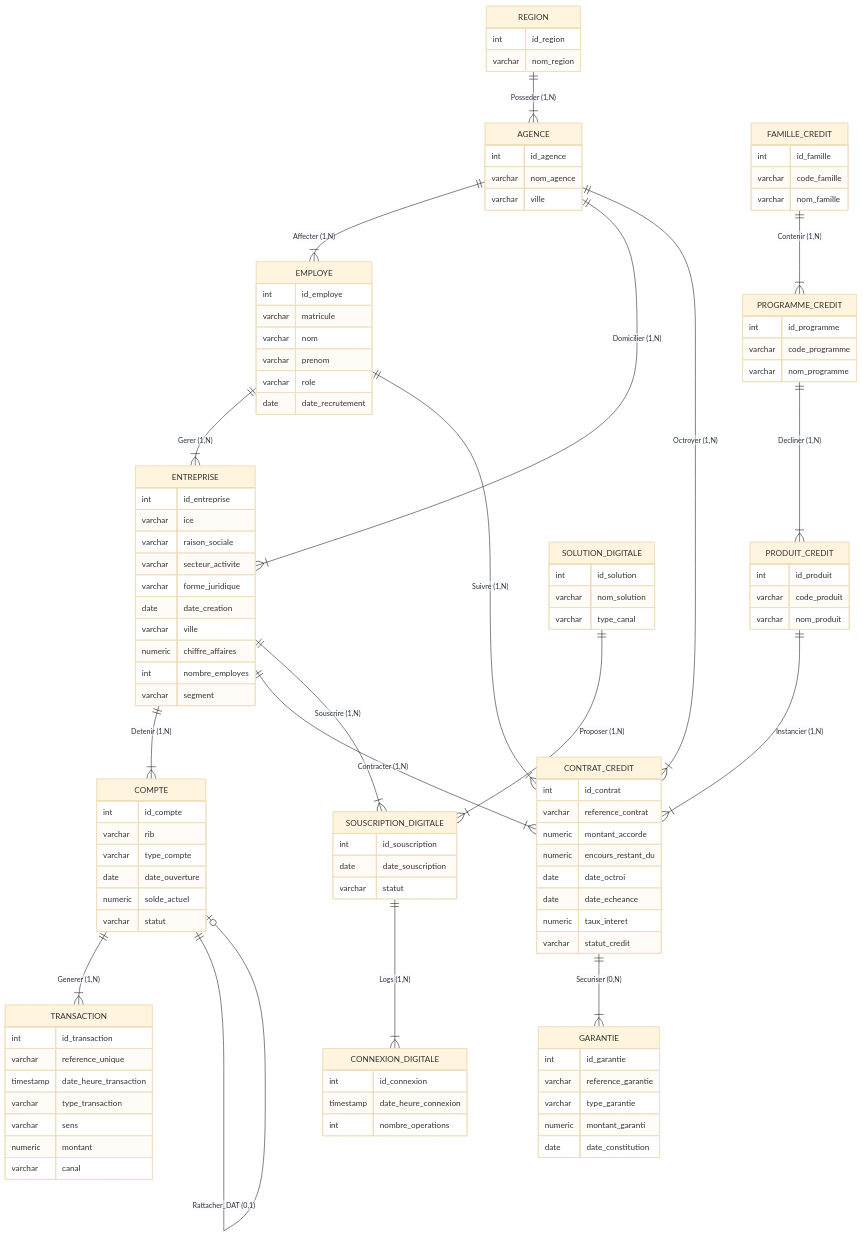
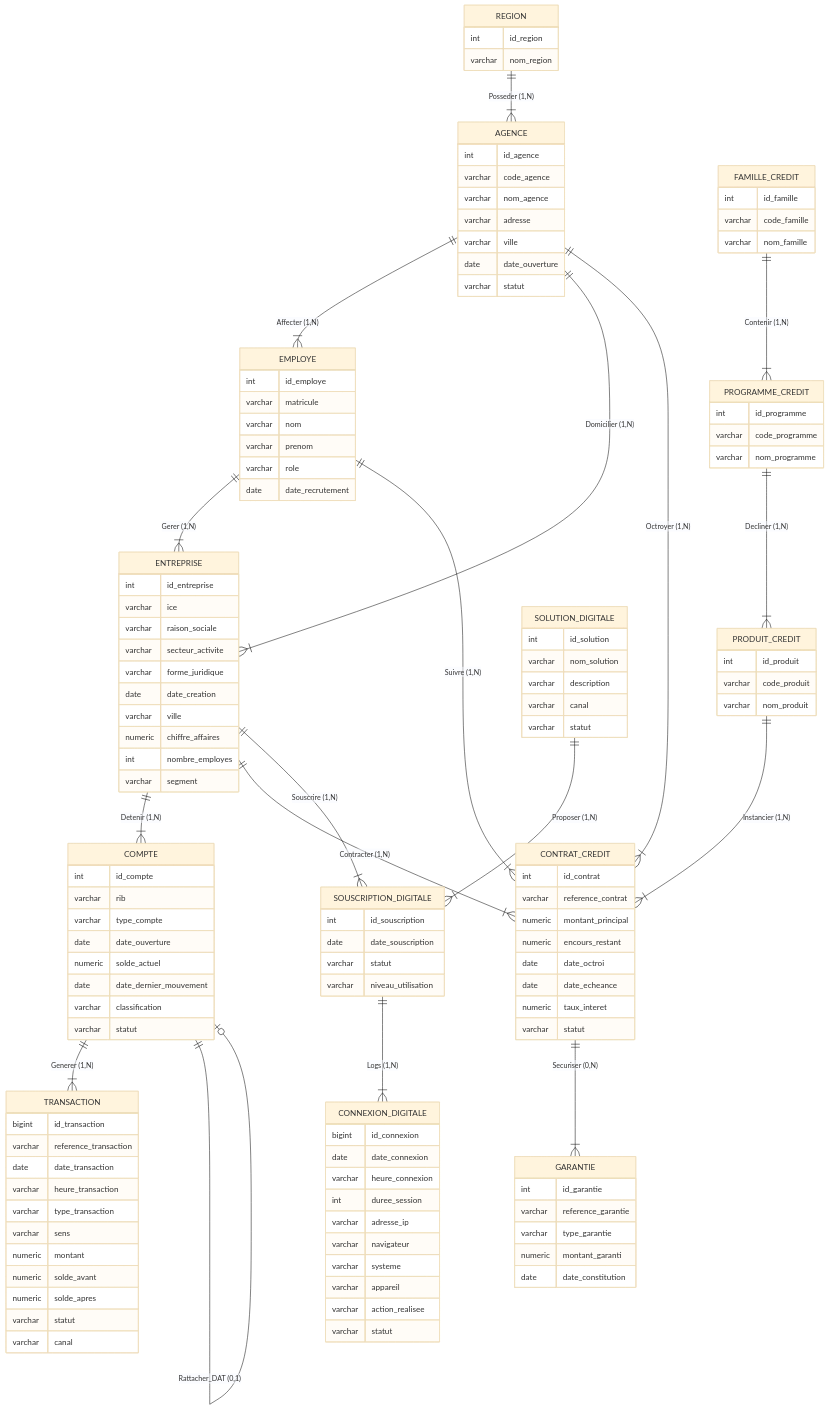
One commit to Amineelquammah/pfe_boa changed the diagram in mcd.md. Above: the diagram before and after it, drawn with Mermaid (base theme). The commit also changed other lines of this file and 38 other files, not shown here.

```diff
--- a/mcd.md
+++ b/mcd.md
@@ -18,8 +18,12 @@
     }
     AGENCE {
         int id_agence
+        varchar code_agence
         varchar nom_agence
+        varchar adresse
         varchar ville
+        date date_ouverture
+        varchar statut
     }
     EMPLOYE {
         int id_employe
@@ -54,15 +58,21 @@
         varchar type_compte
         date date_ouverture
         numeric solde_actuel
+        date date_dernier_mouvement
+        varchar classification
         varchar statut
     }
     TRANSACTION {
-        int id_transaction
-        varchar reference_unique
-        timestamp date_heure_transaction
+        bigint id_transaction
+        varchar reference_transaction
+        date date_transaction
+        varchar heure_transaction
         varchar type_transaction
         varchar sens
         numeric montant
+        numeric solde_avant
+        numeric solde_apres
+        varchar statut
         varchar canal
     }
 
@@ -93,12 +103,12 @@
     CONTRAT_CREDIT {
         int id_contrat
         varchar reference_contrat
-        numeric montant_accorde
-        numeric encours_restant_du
+        numeric montant_principal
+        numeric encours_restant
         date date_octroi
         date date_echeance
         numeric taux_interet
-        varchar statut_credit
+        varchar statut
     }
     GARANTIE {
         int id_garantie
@@ -123,17 +133,27 @@
     SOLUTION_DIGITALE {
         int id_solution
         varchar nom_solution
-        varchar type_canal
+        varchar description
+        varchar canal
+        varchar statut
     }
     SOUSCRIPTION_DIGITALE {
         int id_souscription
         date date_souscription
         varchar statut
+        varchar niveau_utilisation
     }
     CONNEXION_DIGITALE {
-        int id_connexion
-        timestamp date_heure_connexion
-        int nombre_operations
+        bigint id_connexion
+        date date_connexion
+        varchar heure_connexion
+        int duree_session
+        varchar adresse_ip
+        varchar navigateur
+        varchar systeme
+        varchar appareil
+        varchar action_realisee
+        varchar statut
     }
 
     ENTREPRISE ||--|{ SOUSCRIPTION_DIGITALE : "Souscrire (1,N)"
```
